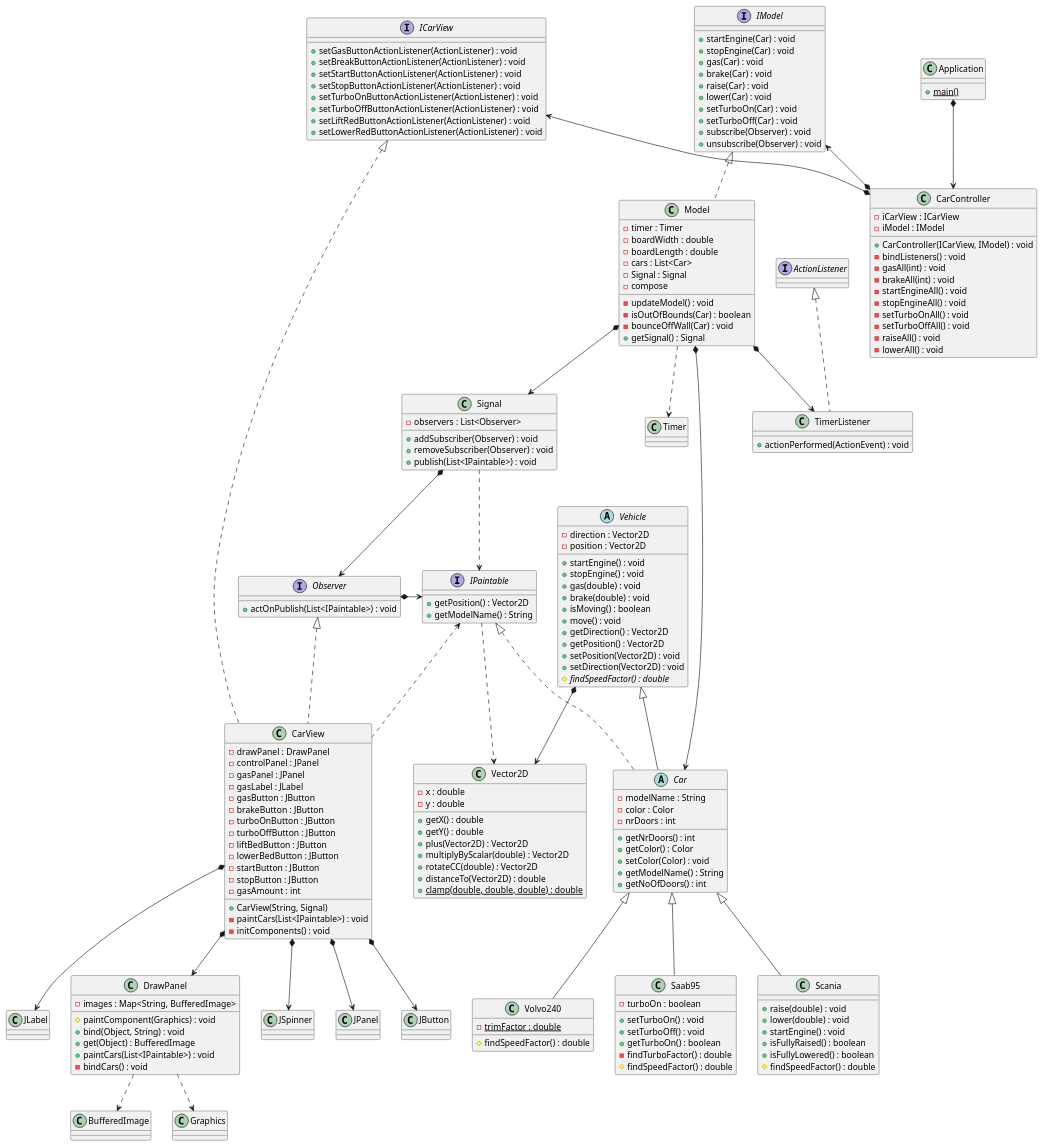
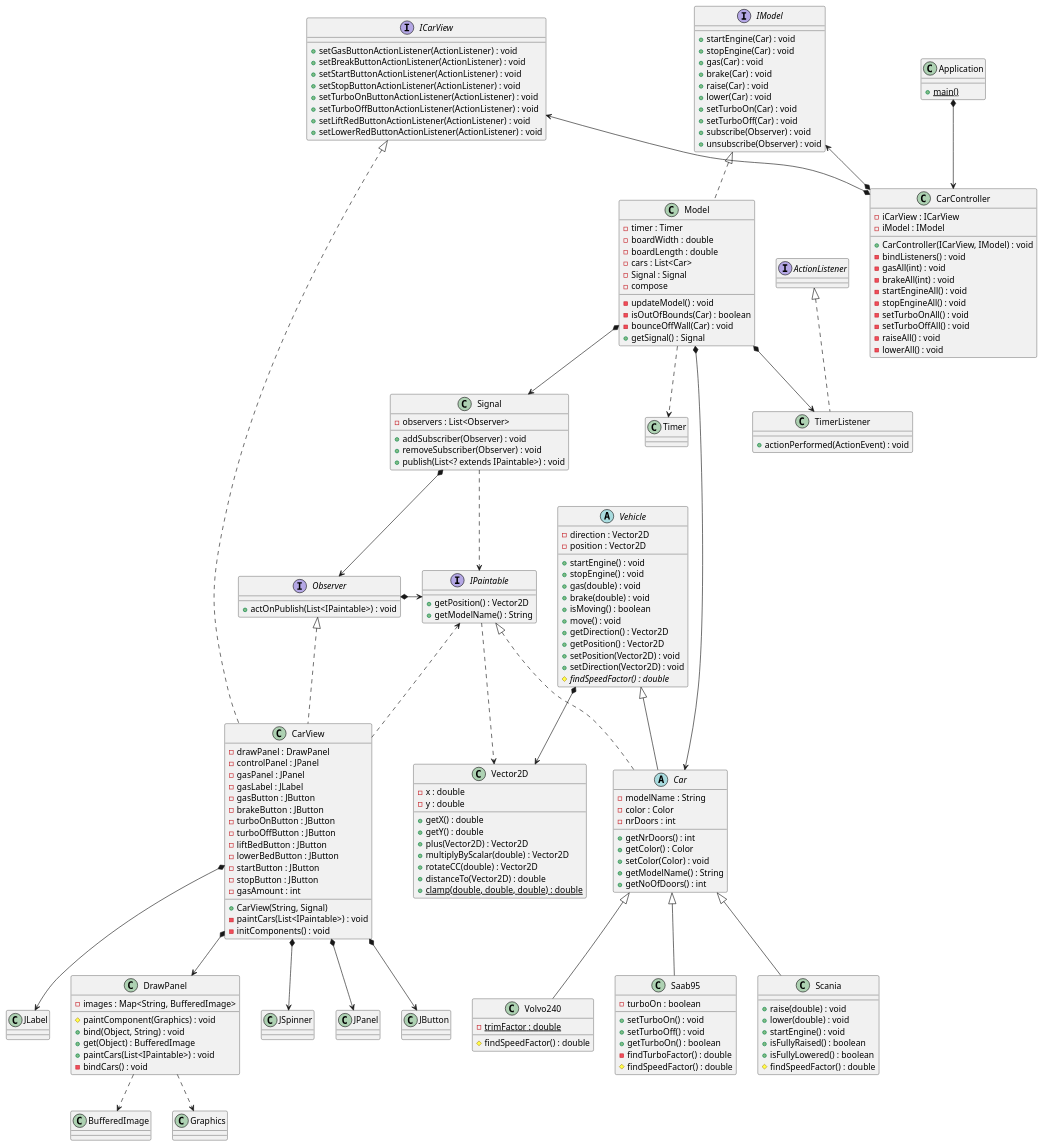
The diagram in src/Uppg4.puml (Yogaledare/dit953-lab2), drawn with PlantUML before and after one commit.

```diff
--- a/src/Uppg4.puml
+++ b/src/Uppg4.puml
@@ -225,7 +225,7 @@
 - observers : List<Observer>
 + addSubscriber(Observer) : void
 + removeSubscriber(Observer) : void
-+ publish(List<IPaintable>) : void
++ publish(List<? extends IPaintable>) : void
 }
 
 Observer <|.. CarView
```
